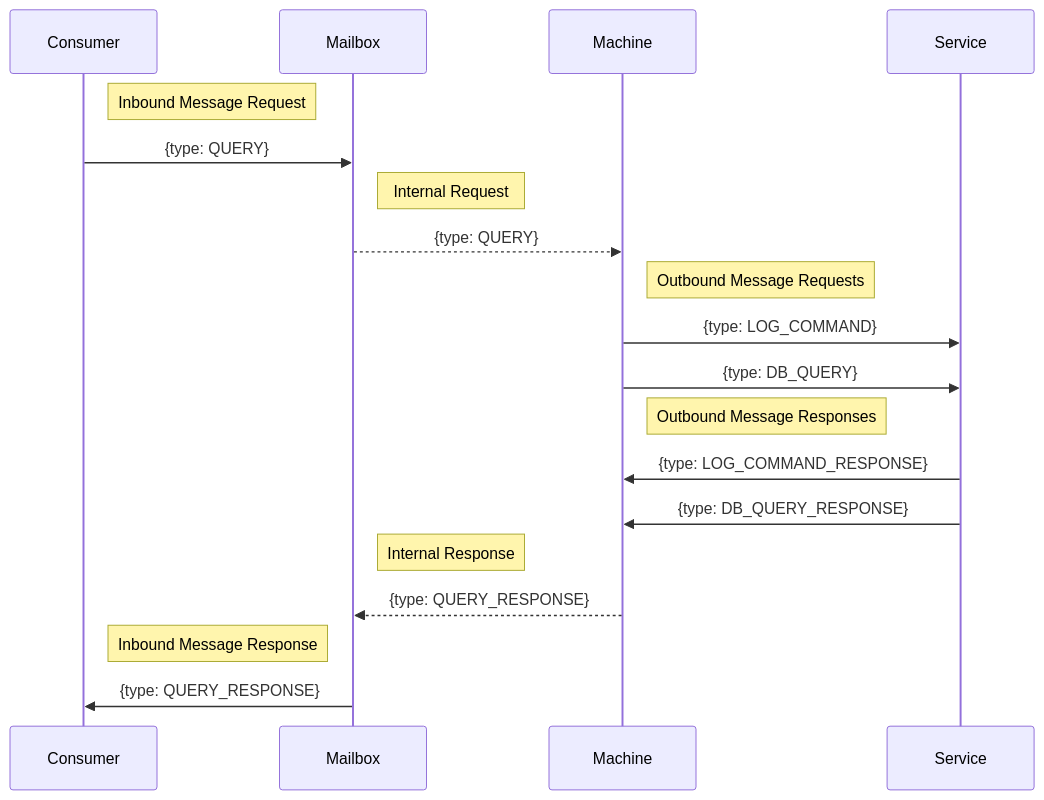
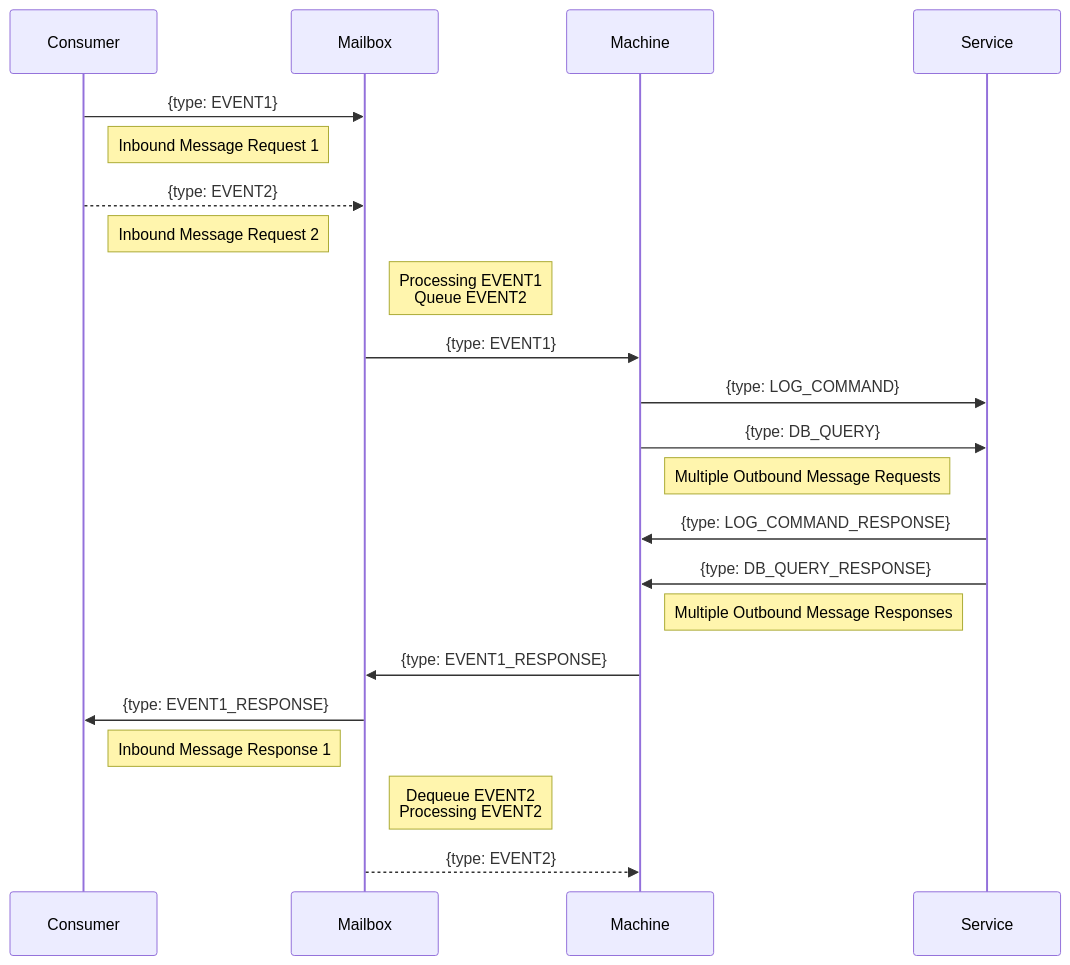
The diagram in README.md (huan/mailbox), drawn with Mermaid before and after one commit. The commit also changed other lines of this file and 1 other file, not shown here.

Commit message:
refine diagram

````diff
--- a/README.md
+++ b/README.md
@@ -268,22 +271,25 @@
 ```mermaid
 sequenceDiagram
   participant Consumer
   participant Mailbox
   participant Machine
   participant Service
 
-  Note right of Consumer: Inbound Message Request
-  Consumer->>Mailbox: {type: QUERY}
-  Note right of Mailbox: Internal Request
-  Mailbox-->>Machine: {type: QUERY}
-  Note right of Machine: Outbound Message Requests
+  Consumer->>Mailbox: {type: EVENT1}
+  Note right of Consumer: Inbound Message Request 1
+  Consumer-->>Mailbox: {type: EVENT2}
+  Note right of Consumer: Inbound Message Request 2
+  Note right of Mailbox: Processing EVENT1<br>Queue EVENT2
+  Mailbox->>Machine: {type: EVENT1}
   Machine->>Service: {type: LOG_COMMAND}
   Machine->>Service: {type: DB_QUERY}
-  Note right of Machine: Outbound Message Responses
+  Note right of Machine: Multiple Outbound Message Requests
   Service->>Machine: {type: LOG_COMMAND_RESPONSE}
   Service->>Machine: {type: DB_QUERY_RESPONSE}
-  Note right of Mailbox: Internal Response
-  Machine-->>Mailbox: {type: QUERY_RESPONSE}
-  Note right of Consumer: Inbound Message Response
-  Mailbox->>Consumer: {type: QUERY_RESPONSE}
+  Note right of Machine: Multiple Outbound Message Responses
+  Machine->>Mailbox: {type: EVENT1_RESPONSE}
+  Mailbox->>Consumer: {type: EVENT1_RESPONSE}
+  Note right of Consumer: Inbound Message Response 1
+  Note right of Mailbox: Dequeue EVENT2<br>Processing EVENT2
+  Mailbox-->>Machine: {type: EVENT2}
 ```
````
